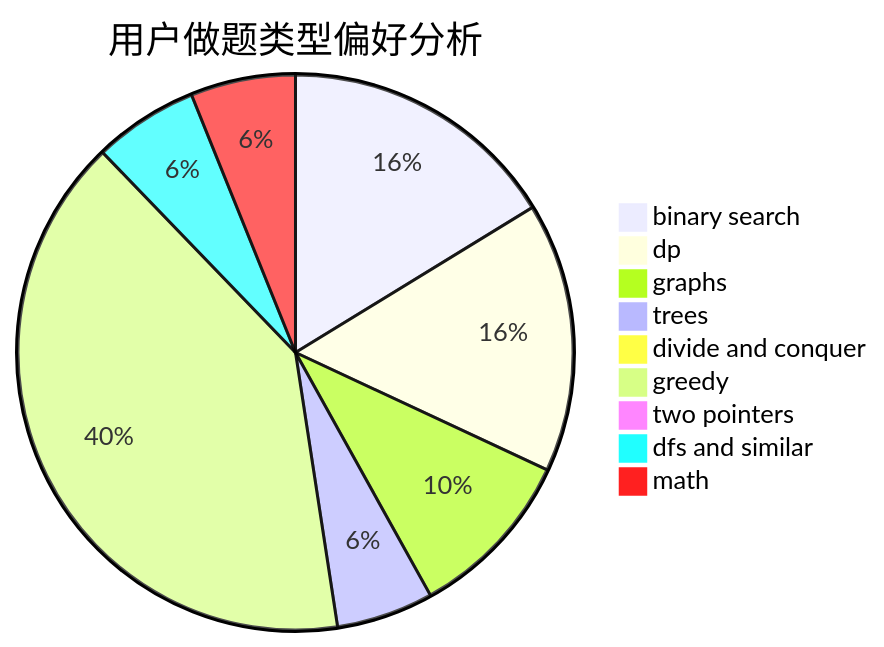
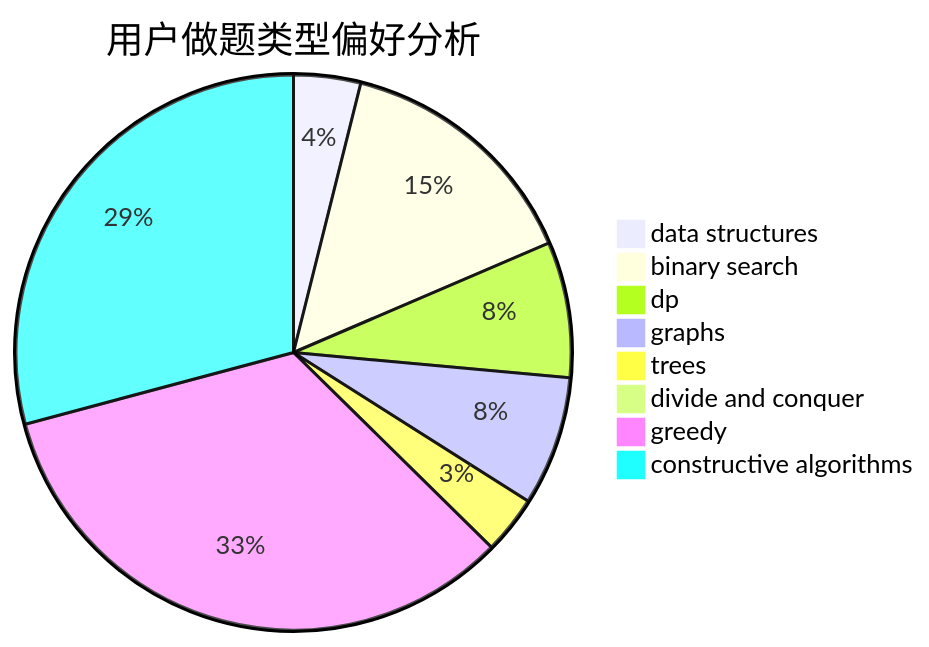
The second of 3 diagrams in docs/user/u606.md (sherpahu/cfrs.github.io), drawn with Mermaid before and after one commit. The commit also changed other lines of this file and 2775 other files, not shown here.

````diff
--- a/docs/user/u606.md
+++ b/docs/user/u606.md
@@ -23,12 +23,11 @@
 ```mermaid
 pie title 用户做题类型偏好分析
-    "binary search" :  285
-    "dp" :  275
-    "graphs" :  175
-    "trees" :  99
-    "divide and conquer" :  4
-    "greedy" :  705
-    "two pointers" :  7
-    "dfs and similar" :  107
-    "math" :  107
+    "data structures" :  75
+    "binary search" :  282
+    "dp" :  152
+    "graphs" :  145
+    "trees" :  65
+    "divide and conquer" :  3
+    "greedy" :  644
+    "constructive algorithms" :  561
 ```
````
